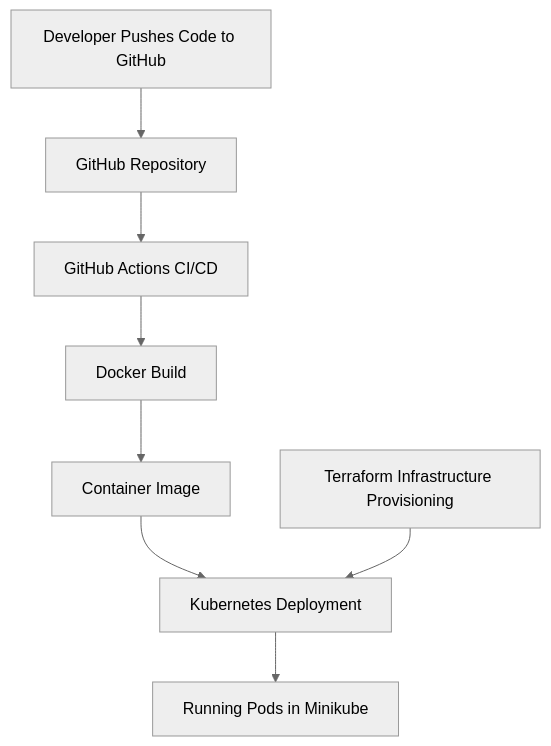
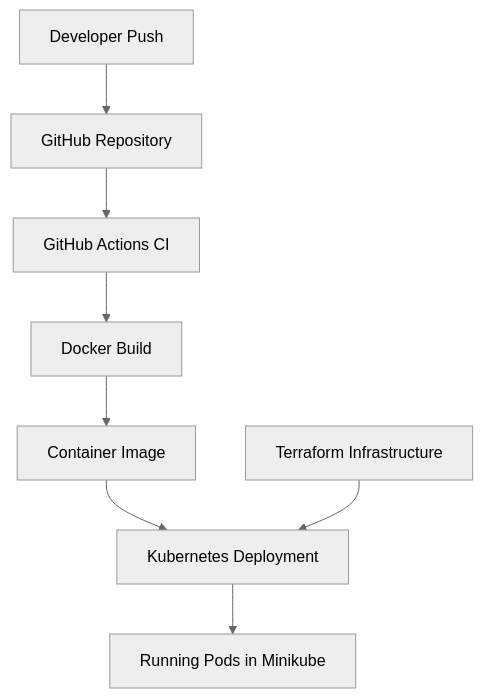
Before and after one commit to sheriffsalam/cloud-native-devops-portfolio: the diagram in README.md, drawn with Mermaid (neutral theme). The commit also changed other lines of this file, not shown here.

Commit message:
Revise architecture section and add diagram
Updated architecture section with a new diagram and improved workflow description.

````diff
--- a/README.md
+++ b/README.md
@@ -31,20 +51,10 @@
 ```mermaid
 flowchart TD
-    A[Developer Pushes Code to GitHub]
-    B[GitHub Repository]
-    C[GitHub Actions CI/CD]
-    D[Docker Build]
-    E[Container Image]
-    F[Kubernetes Deployment]
-    G[Running Pods in Minikube]
-    H[Terraform Infrastructure Provisioning]
-
-    A --> B
-    B --> C
-    C --> D
-    D --> E
-    E --> F
-    H --> F
-    F --> G
-
+    A[Developer Push] --> B[GitHub Repository]
+    B --> C[GitHub Actions CI]
+    C --> D[Docker Build]
+    D --> E[Container Image]
+    E --> F[Kubernetes Deployment]
+    F --> G[Running Pods in Minikube]
+    H[Terraform Infrastructure] --> F
 ```
````
